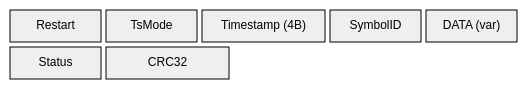
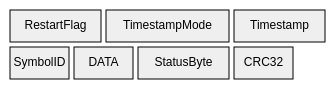
The second of 3 diagrams in protocol/frames/data.md (sebaJoSt/blaeck-protocol), drawn with Mermaid before and after one commit. The commit also changed other lines of this file and 4 other files, not shown here.

First line of the commit message:
Use canonical element names in all Mermaid diagrams and tables

````diff
--- a/protocol/frames/data.md
+++ b/protocol/frames/data.md
@@ -38,16 +38,16 @@
 ```mermaid
 ---
 config:
   packet:
     showBits: false
-    bitsPerRow: 16
+    bitsPerRow: 10
 ---
 packet-beta
-  0-2: "Restart"
-  3-5: "TsMode"
-  6-9: "Timestamp (4B)"
-  10-12: "SymbolID"
-  13-15: "DATA (var)"
-  16-18: "Status"
-  19-22: "CRC32"
+  0-2: "RestartFlag"
+  3-6: "TimestampMode"
+  7-9: "Timestamp"
+  10-11: "SymbolID"
+  12-13: "DATA"
+  14-16: "StatusByte"
+  17-18: "CRC32"
 ```
````
